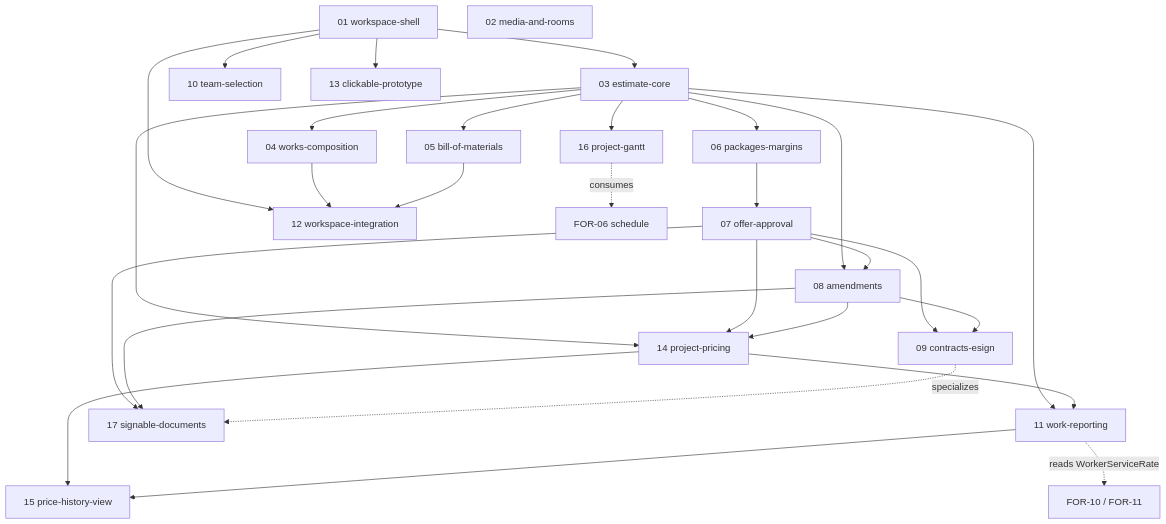
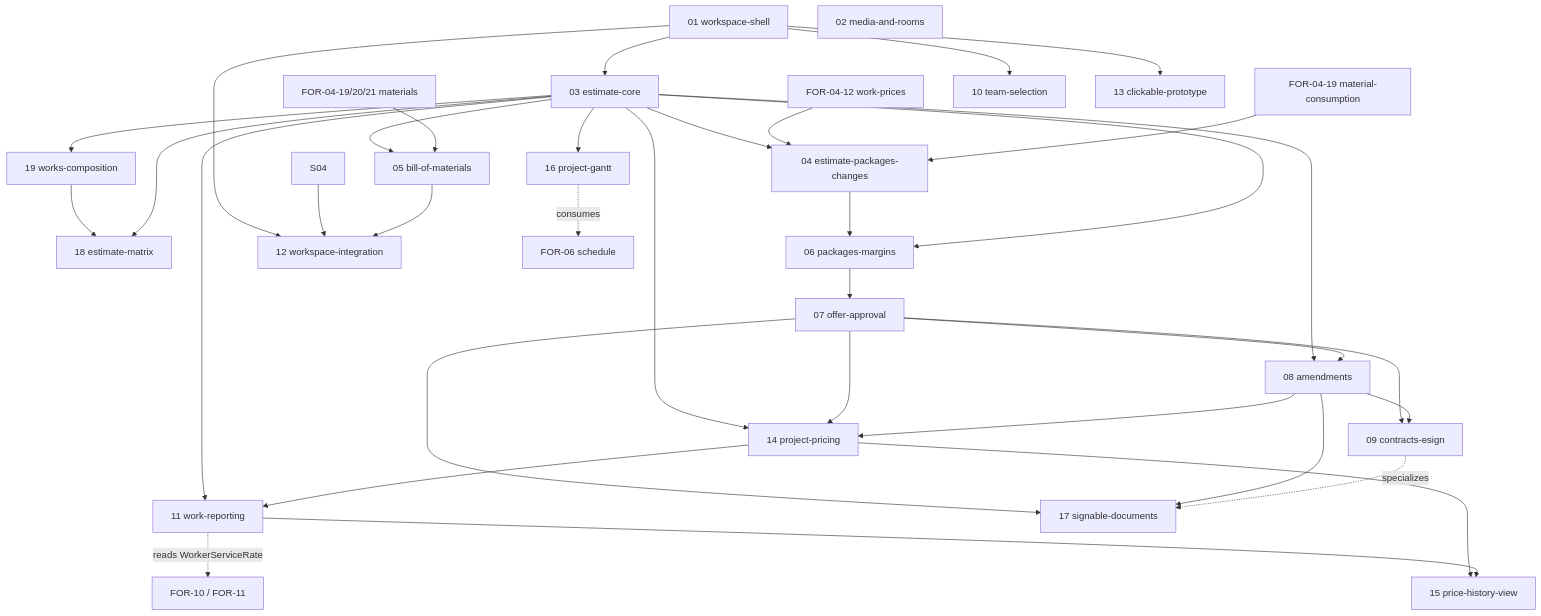
Before and after one commit to ctoloaders/foremen: the diagram in .kiro/specs/FOR-05-project-estimate/OVERVIEW.md, drawn with Mermaid. The commit also changed other lines of this file and 182 other files, not shown here.

````diff
--- a/.kiro/specs/FOR-05-project-estimate/OVERVIEW.md
+++ b/.kiro/specs/FOR-05-project-estimate/OVERVIEW.md
@@ -135,31 +139,38 @@
 ```mermaid
 graph TD
     S01[01 workspace-shell] --> S03[03 estimate-core]
     S02[02 media-and-rooms]
-    S03 --> S04[04 works-composition]
+    S03 --> S19[19 works-composition]
     S03 --> S05[05 bill-of-materials]
-    S03 --> S06[06 packages-margins]
+    S19 --> S18[18 estimate-matrix]
+    S03 --> S18
+    F0421[FOR-04-19/20/21 materials] --> S05
+    S03 --> S04PK[04 estimate-packages-changes]
+    F0412[FOR-04-12 work-prices] --> S04PK
+    F0419[FOR-04-19 material-consumption] --> S04PK
+    S04PK --> S06[06 packages-margins]
+    S03 --> S06
     S06 --> S07[07 offer-approval]
     S03 --> S08[08 amendments]
     S07 --> S08
     S07 --> S09[09 contracts-esign]
     S08 --> S09
     S01 --> S10[10 team-selection]
     S03 --> S11[11 work-reporting]
     S01 --> S12[12 workspace-integration]
     S01 --> S13[13 clickable-prototype]
     S04 --> S12
     S05 --> S12
     S03 --> S14[14 project-pricing]
     S07 --> S14
     S08 --> S14
     S14 --> S11
     S14 --> S15[15 price-history-view]
     S11 --> S15
     S11 -.reads WorkerServiceRate.-> F1011[FOR-10 / FOR-11]
     S03 --> S16[16 project-gantt]
     S16 -.consumes.-> FOR06extra[FOR-06 schedule]
     S07 --> S17[17 signable-documents]
     S08 --> S17
     S09 -.specializes.-> S17
 ```
````
